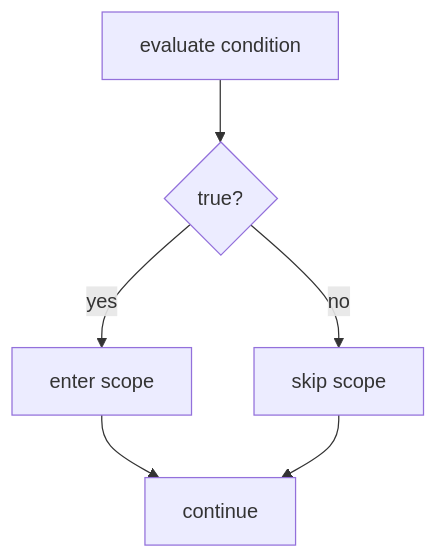
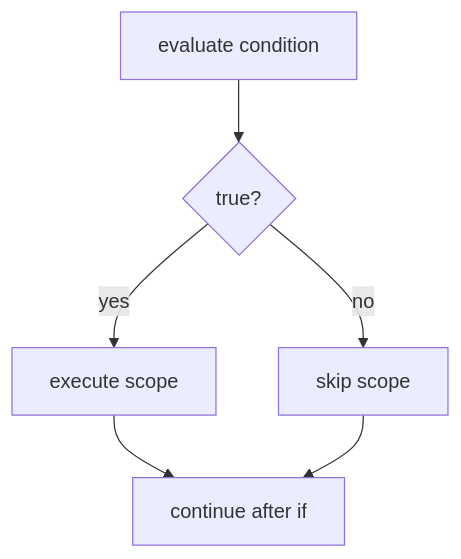
Before and after one commit to Fundamentals-of-Computer-Science/FunCS: the first of 4 diagrams in content/ch1/ch1-3.md, drawn with Mermaid. The commit also changed other lines of this file and 2 other files, not shown here.

````diff
--- a/content/ch1/ch1-3.md
+++ b/content/ch1/ch1-3.md
@@ -276,8 +286,8 @@
 ```mermaid
 flowchart TD
     A[evaluate condition] --> B{true?}
-    B -->|yes| C[enter scope]
+    B -->|yes| C[execute scope]
     B -->|no| D[skip scope]
-    C --> E[continue]
+    C --> E[continue after if]
     D --> E
 ```
````
